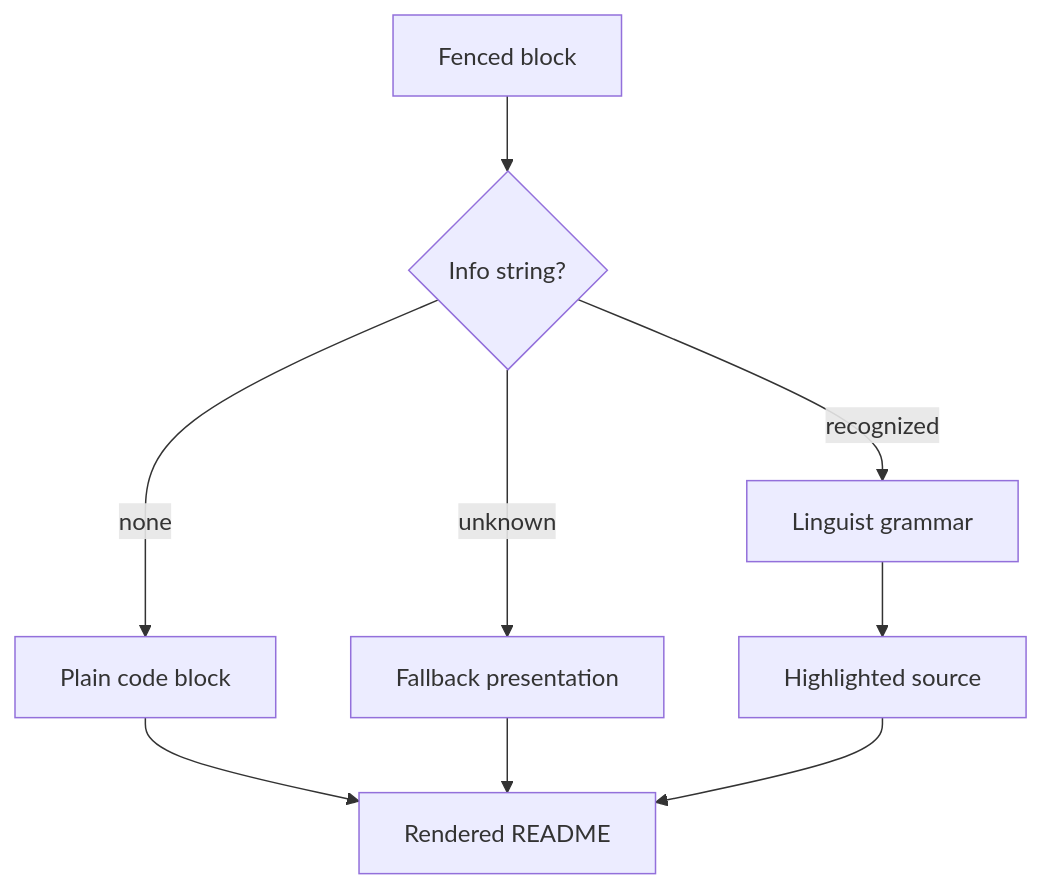
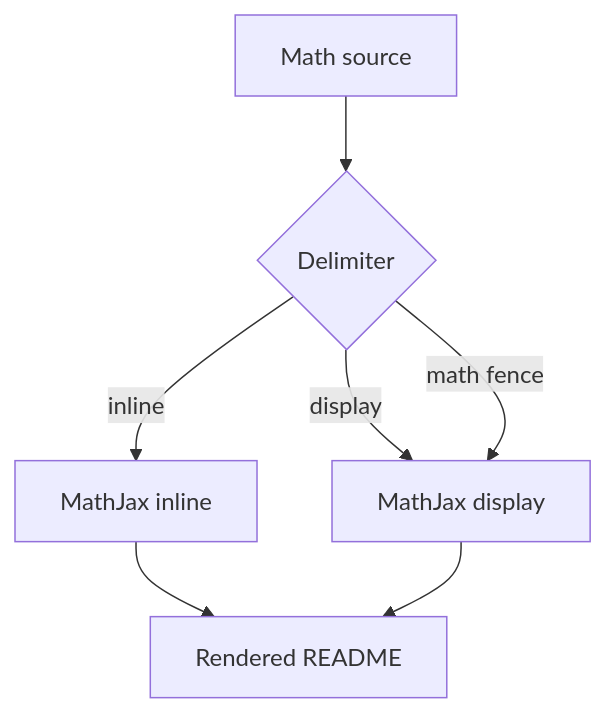
Before and after one commit to thiepn/markdown: the second of 3 diagrams in README.md, drawn with Mermaid. The commit also changed other lines of this file, not shown here.

Commit message:
docs: build advanced MathJax mathematical showcase

````diff
--- a/README.md
+++ b/README.md
@@ -1093,11 +1353,9 @@
 ```mermaid
 flowchart TD
-    A[Fenced block] --> B{Info string?}
-    B -- none --> C[Plain code block]
-    B -- recognized --> D[Linguist grammar]
-    B -- unknown --> E[Fallback presentation]
-    D --> F[Highlighted source]
-    C --> G[Rendered README]
-    E --> G
-    F --> G
+    A[Math source] --> B{Delimiter}
+    B -- inline --> C[MathJax inline]
+    B -- display --> D[MathJax display]
+    B -- math fence --> D
+    C --> E[Rendered README]
+    D --> E
 ```
````
